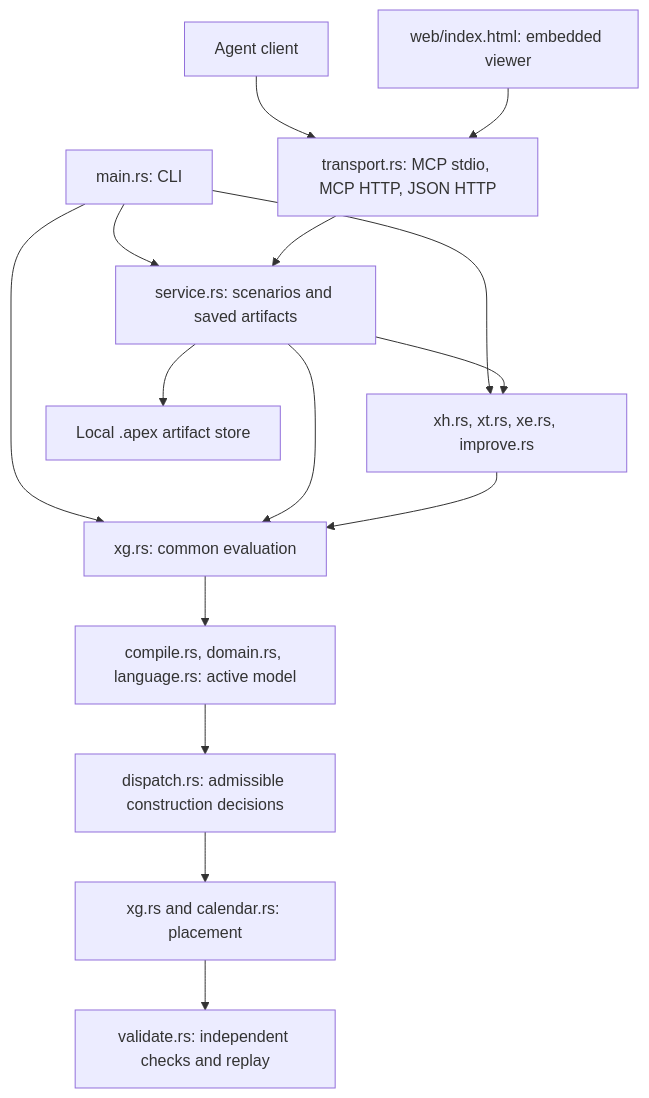
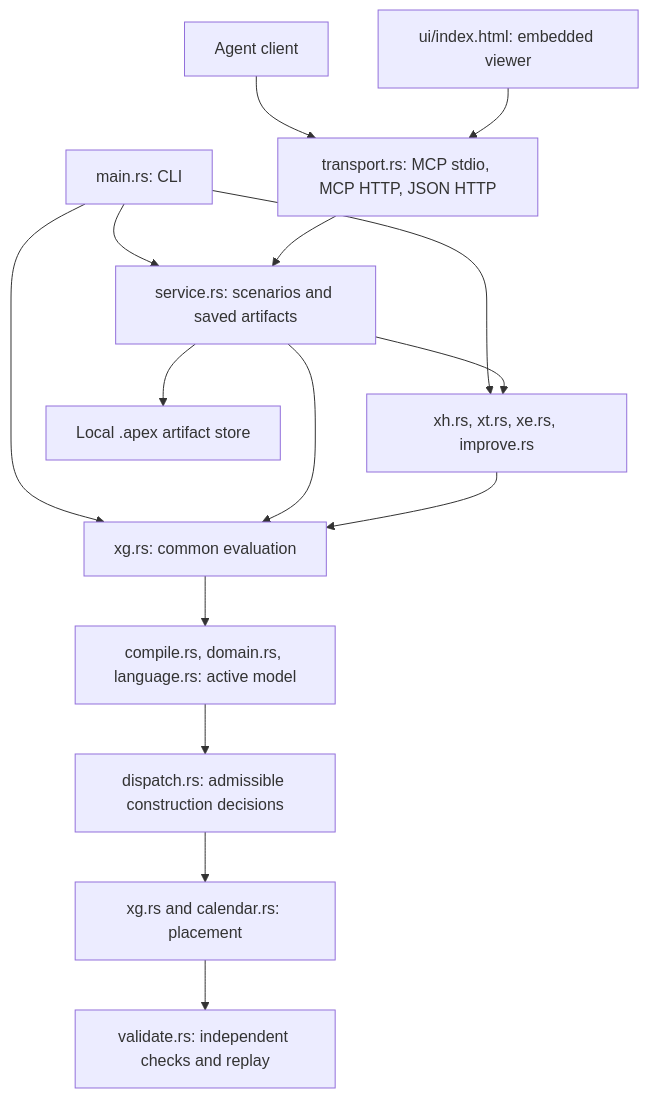
Before and after one commit to qunevo/apex: the diagram in app/docs/architecture/README.md, drawn with Mermaid. The commit also changed other lines of this file and 73 other files, not shown here.

````diff
--- a/app/docs/architecture/README.md
+++ b/app/docs/architecture/README.md
@@ -11,17 +11,17 @@
 ```mermaid
 flowchart TD
   Agent[Agent client] --> Transport[transport.rs: MCP stdio, MCP HTTP, JSON HTTP]
-  Viewer[web/index.html: embedded viewer] --> Transport
+  Viewer[ui/index.html: embedded viewer] --> Transport
   CLI[main.rs: CLI] --> Service[service.rs: scenarios and saved artifacts]
   Transport --> Service
   CLI --> Search[xh.rs, xt.rs, xe.rs, improve.rs]
   CLI --> Engine[xg.rs: common evaluation]
   Service --> Search
   Service --> Engine
   Search --> Engine
   Engine --> Model[compile.rs, domain.rs, language.rs: active model]
   Model --> Dispatch[dispatch.rs: admissible construction decisions]
   Dispatch --> Decode[xg.rs and calendar.rs: placement]
   Decode --> Validate[validate.rs: independent checks and replay]
   Service --> Store[Local .apex artifact store]
 ```
````
